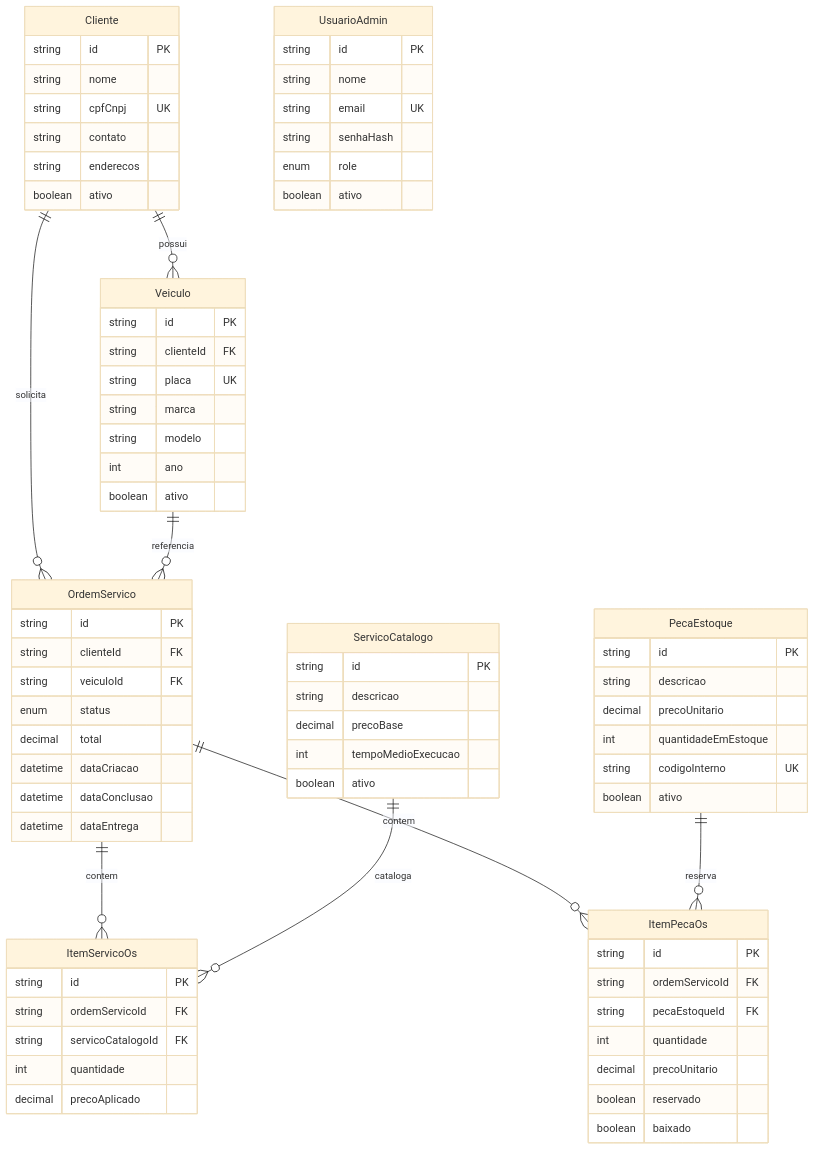
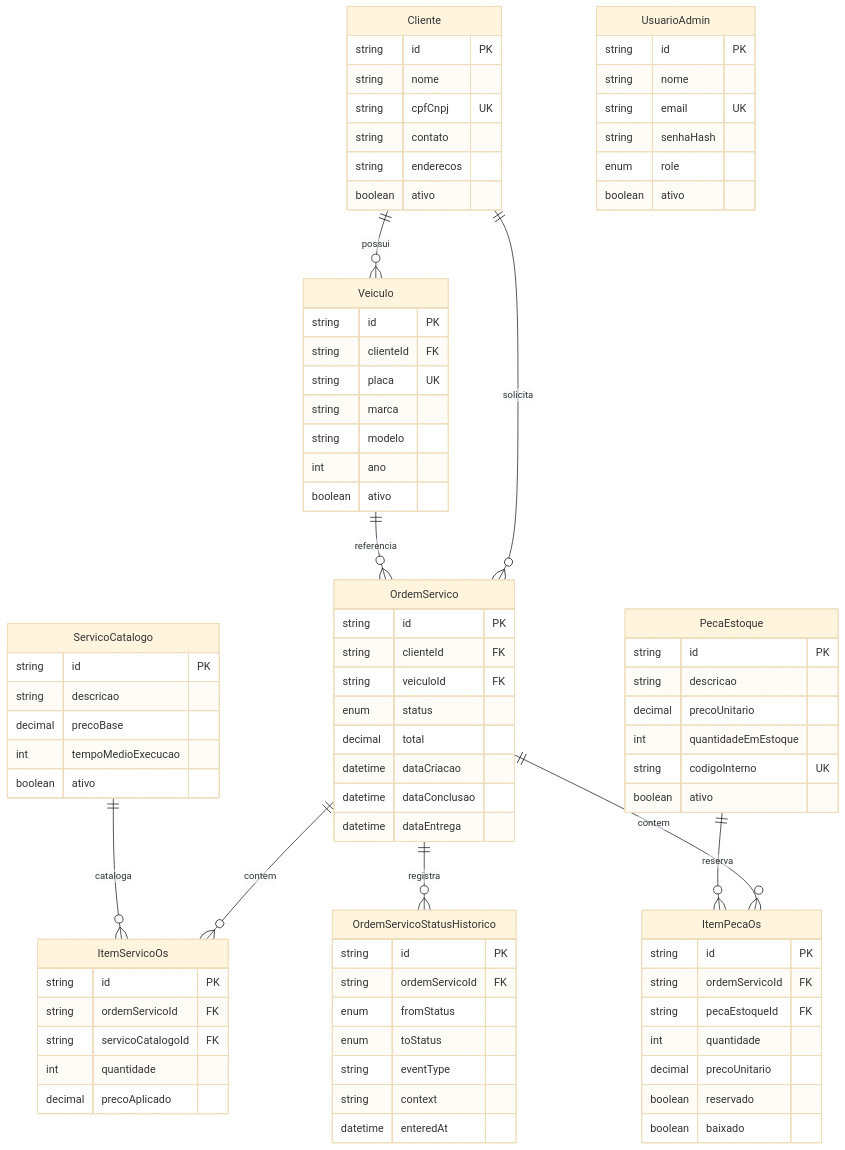
One commit to dinhogt/autoservicemanager-app changed the diagram in docs/architecture/er-diagram.md. Above: the diagram before and after it, drawn with Mermaid (base theme). The commit also changed other lines of this file and 50 other files, not shown here.

```diff
--- a/docs/architecture/er-diagram.md
+++ b/docs/architecture/er-diagram.md
@@ -31,6 +31,7 @@
   Veiculo ||--o{ OrdemServico : referencia
   OrdemServico ||--o{ ItemServicoOs : contem
   OrdemServico ||--o{ ItemPecaOs : contem
+  OrdemServico ||--o{ OrdemServicoStatusHistorico : registra
   ServicoCatalogo ||--o{ ItemServicoOs : cataloga
   PecaEstoque ||--o{ ItemPecaOs : reserva
 
@@ -81,6 +82,16 @@
     datetime dataEntrega
   }
 
+  OrdemServicoStatusHistorico {
+    string id PK
+    string ordemServicoId FK
+    enum fromStatus
+    enum toStatus
+    string eventType
+    string context
+    datetime enteredAt
+  }
+
   ItemServicoOs {
     string id PK
     string ordemServicoId FK
```
